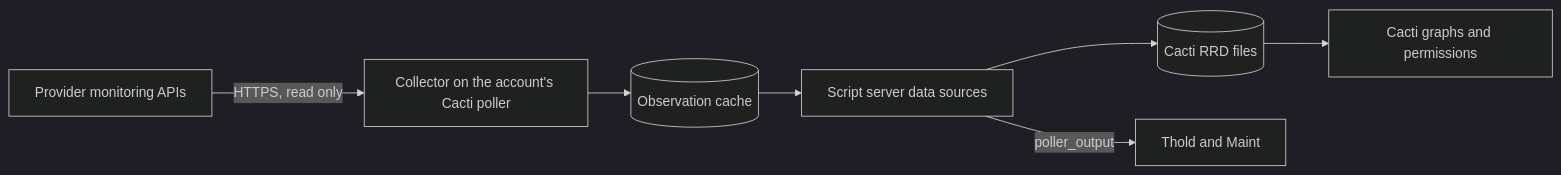
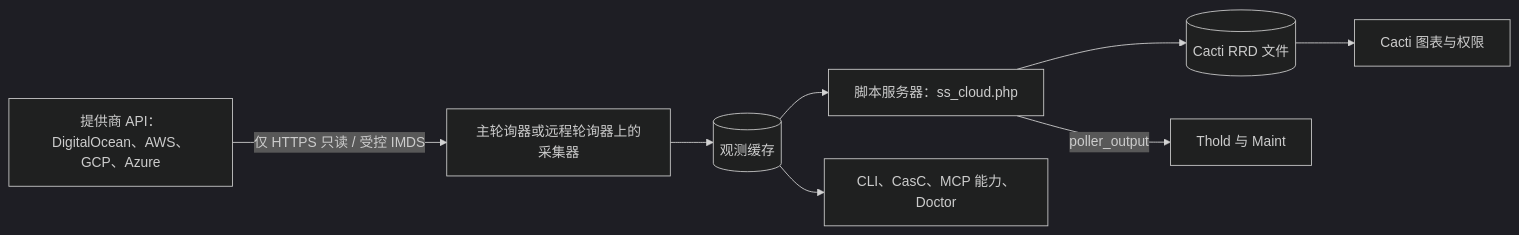
Before and after one commit to somethingwithproof/plugin_cloud: the diagram in docs/i18n/zh-CN/README.md, drawn with Mermaid (dark theme). The commit also changed other lines of this file and 48 other files, not shown here.

First line of the commit message:
docs(readme): document AWS, GCP, Azure drivers, remote collectors, and ecosystem hooks

````diff
--- a/docs/i18n/zh-CN/README.md
+++ b/docs/i18n/zh-CN/README.md
@@ -109,9 +148,10 @@
 ```mermaid
 flowchart LR
-    API[Provider monitoring APIs] -->|HTTPS, read only| C[Collector on the account's Cacti poller]
-    C --> O[(Observation cache)]
-    O --> SS[Script server data sources]
-    SS --> RRD[(Cacti RRD files)]
-    SS -->|poller_output| T[Thold and Maint]
-    RRD --> G[Cacti graphs and permissions]
+    API["提供商 API：DigitalOcean、AWS、GCP、Azure"] -->|仅 HTTPS 只读 / 受控 IMDS| C["主轮询器或远程轮询器上的采集器"]
+    C --> O[(观测缓存)]
+    O --> SS["脚本服务器：ss_cloud.php"]
+    SS --> RRD[(Cacti RRD 文件)]
+    SS -->|poller_output| T[Thold 与 Maint]
+    RRD --> G[Cacti 图表与权限]
+    O --> ECO["CLI、CasC、MCP 能力、Doctor"]
 ```
````
